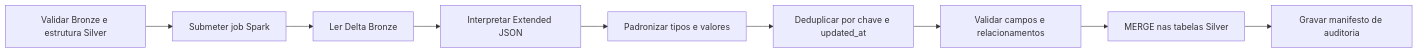
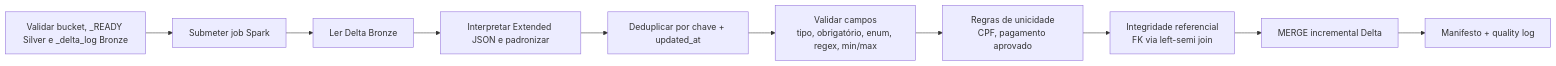
One commit to olucasoliverio/Engenharia_Dados_Final changed the diagram in docs/dag_bronze_silver.md. Above: the diagram before and after it, drawn with Mermaid. The commit also changed other lines of this file and 10 other files, not shown here.

````diff
--- a/docs/dag_bronze_silver.md
+++ b/docs/dag_bronze_silver.md
@@ -8,11 +32,12 @@
 ```mermaid
 flowchart LR
-    A[Validar Bronze e estrutura Silver] --> B[Submeter job Spark]
+    A[Validar bucket, _READY Silver e _delta_log Bronze] --> B[Submeter job Spark]
     B --> C[Ler Delta Bronze]
-    C --> D[Interpretar Extended JSON]
-    D --> E[Padronizar tipos e valores]
-    E --> F[Deduplicar por chave e updated_at]
-    F --> G[Validar campos e relacionamentos]
-    G --> H[MERGE nas tabelas Silver]
-    H --> I[Gravar manifesto de auditoria]
+    C --> D[Interpretar Extended JSON e padronizar]
+    D --> E[Deduplicar por chave + updated_at]
+    E --> F[Validar campos<br/>tipo, obrigatório, enum, regex, min/max]
+    F --> G[Regras de unicidade<br/>CPF, pagamento aprovado]
+    G --> H[Integridade referencial<br/>FK via left-semi join]
+    H --> I[MERGE incremental Delta]
+    I --> J[Manifesto + quality log]
 ```
````
